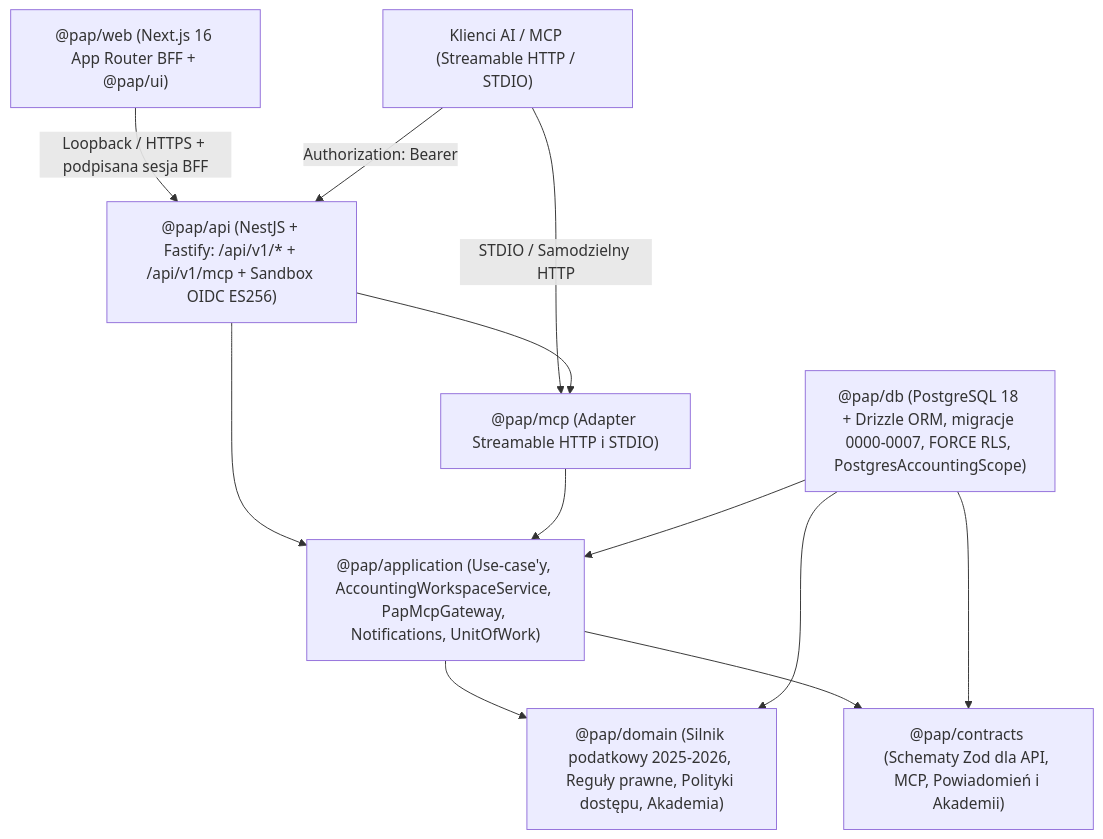
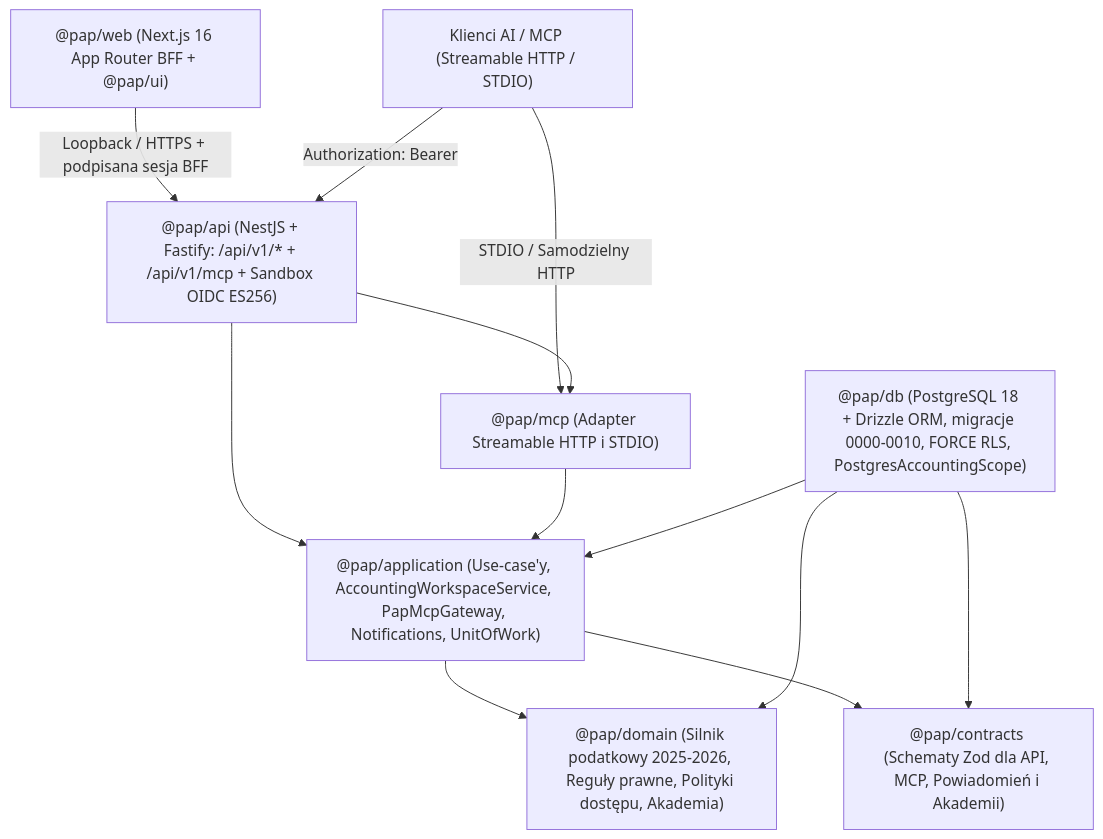
Before and after one commit to RolePlayingTech/polish-accounting-platform: the diagram in README.md, drawn with Mermaid. The commit also changed other lines of this file and 3 other files, not shown here.

````diff
--- a/README.md
+++ b/README.md
@@ -28,23 +28,23 @@
 ```mermaid
 flowchart TD
     UI_WEB["@pap/web (Next.js 16 App Router BFF + @pap/ui)"]
     MCP_CLI["Klienci AI / MCP (Streamable HTTP / STDIO)"]
     API["@pap/api (NestJS + Fastify: /api/v1/* + /api/v1/mcp + Sandbox OIDC ES256)"]
     MCP_PKG["@pap/mcp (Adapter Streamable HTTP i STDIO)"]
     APP["@pap/application (Use-case'y, AccountingWorkspaceService, PapMcpGateway, Notifications, UnitOfWork)"]
     DOM["@pap/domain (Silnik podatkowy 2025-2026, Reguły prawne, Polityki dostępu, Akademia)"]
     CON["@pap/contracts (Schematy Zod dla API, MCP, Powiadomień i Akademii)"]
-    DB["@pap/db (PostgreSQL 18 + Drizzle ORM, migracje 0000-0007, FORCE RLS, PostgresAccountingScope)"]
+    DB["@pap/db (PostgreSQL 18 + Drizzle ORM, migracje 0000-0010, FORCE RLS, PostgresAccountingScope)"]
 
     UI_WEB -->|"Loopback / HTTPS + podpisana sesja BFF"| API
     MCP_CLI -->|"Authorization: Bearer <JWT>"| API
     MCP_CLI -->|"STDIO / Samodzielny HTTP"| MCP_PKG
     API --> MCP_PKG
     API --> APP
     MCP_PKG --> APP
     APP --> DOM
     APP --> CON
     DB --> APP
     DB --> DOM
     DB --> CON
 ```
````
